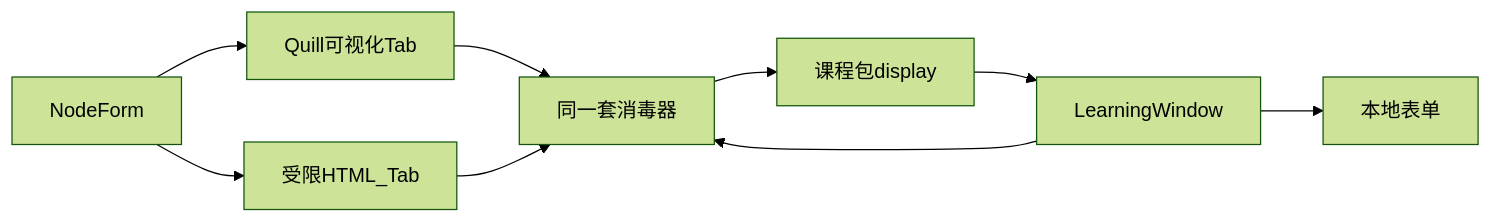
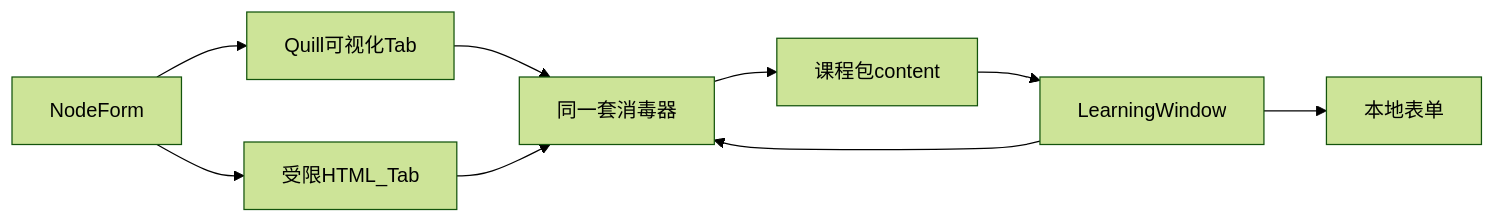
Before and after one commit to xiaobaiworld/lessonpilot: the diagram in docs/superpowers/specs/2026-08-26-plugin-learning-window-rich-page-design.md, drawn with Mermaid (forest theme). The commit also changed other lines of this file and 46 other files, not shown here.

````diff
--- a/docs/superpowers/specs/2026-08-26-plugin-learning-window-rich-page-design.md
+++ b/docs/superpowers/specs/2026-08-26-plugin-learning-window-rich-page-design.md
@@ -66,19 +66,19 @@
 ```mermaid
 flowchart LR
   teacherForm[NodeForm]
   quill[Quill可视化Tab]
   htmlTab[受限HTML_Tab]
   sanitizer[同一套消毒器]
-  package[课程包display]
+  package[课程包content]
   window[LearningWindow]
   form[本地表单]
 
   teacherForm --> quill
   teacherForm --> htmlTab
   quill --> sanitizer
   htmlTab --> sanitizer
   sanitizer --> package
   package --> window
   window --> sanitizer
   window --> form
 ```
````
